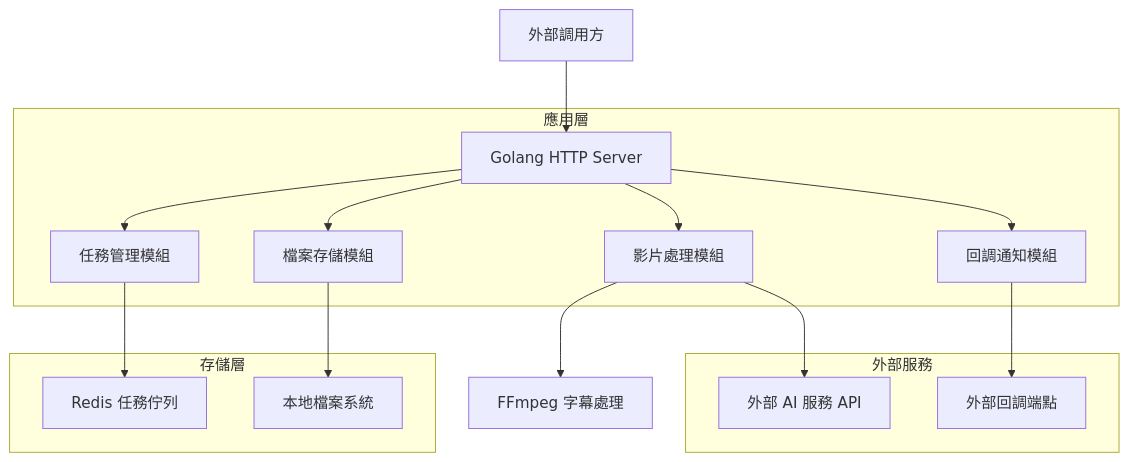
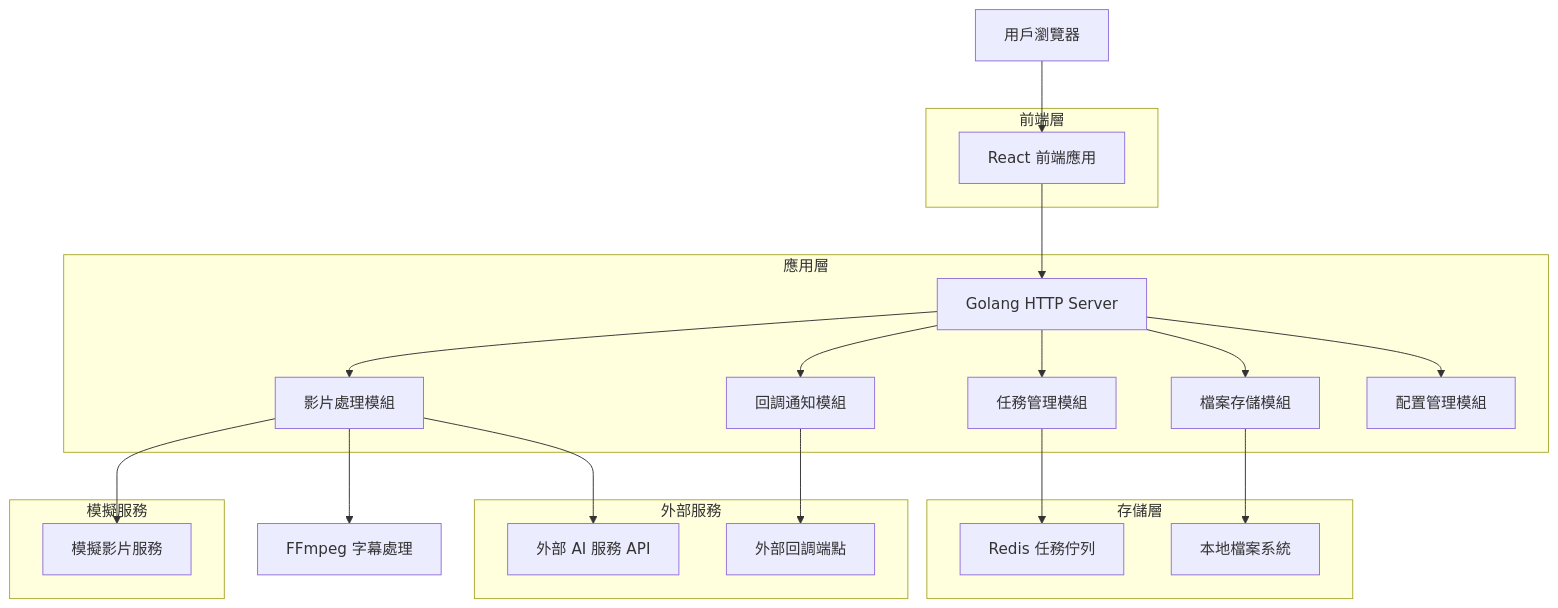
One commit to dominantculture2024/genVideoSub changed the first of 3 diagrams in .trae/documents/AI影片生成服務-技術架構文檔.md. Above: the diagram before and after it, drawn with Mermaid. The commit also changed other lines of this file and 1 other file, not shown here.

````diff
--- a/.trae/documents/AI影片生成服務-技術架構文檔.md
+++ b/.trae/documents/AI影片生成服務-技術架構文檔.md
@@ -5,31 +5,43 @@
 ```mermaid
 graph TD
-    A[外部調用方] --> B[Golang HTTP Server]
-    B --> C[任務管理模組]
-    C --> D[Redis 任務佇列]
-    B --> E[影片處理模組]
-    E --> F[外部 AI 服務 API]
-    E --> G[FFmpeg 字幕處理]
-    B --> H[檔案存儲模組]
-    H --> I[本地檔案系統]
-    B --> J[回調通知模組]
-    J --> K[外部回調端點]
+    A[用戶瀏覽器] --> B[React 前端應用]
+    B --> C[Golang HTTP Server]
+    C --> D[任務管理模組]
+    D --> E[Redis 任務佇列]
+    C --> F[影片處理模組]
+    F --> G[外部 AI 服務 API]
+    F --> H[模擬影片服務]
+    F --> I[FFmpeg 字幕處理]
+    C --> J[檔案存儲模組]
+    J --> K[本地檔案系統]
+    C --> L[回調通知模組]
+    L --> M[外部回調端點]
+    C --> N[配置管理模組]
+
+    subgraph "前端層"
+        B
+    end
 
     subgraph "應用層"
-        B
         C
-        E
-        H
+        D
+        F
         J
+        L
+        N
     end
 
     subgraph "存儲層"
-        D
-        I
+        E
+        K
     end
 
     subgraph "外部服務"
-        F
-        K
+        G
+        M
+    end
+
+    subgraph "模擬服務"
+        H
     end
 ```
````
